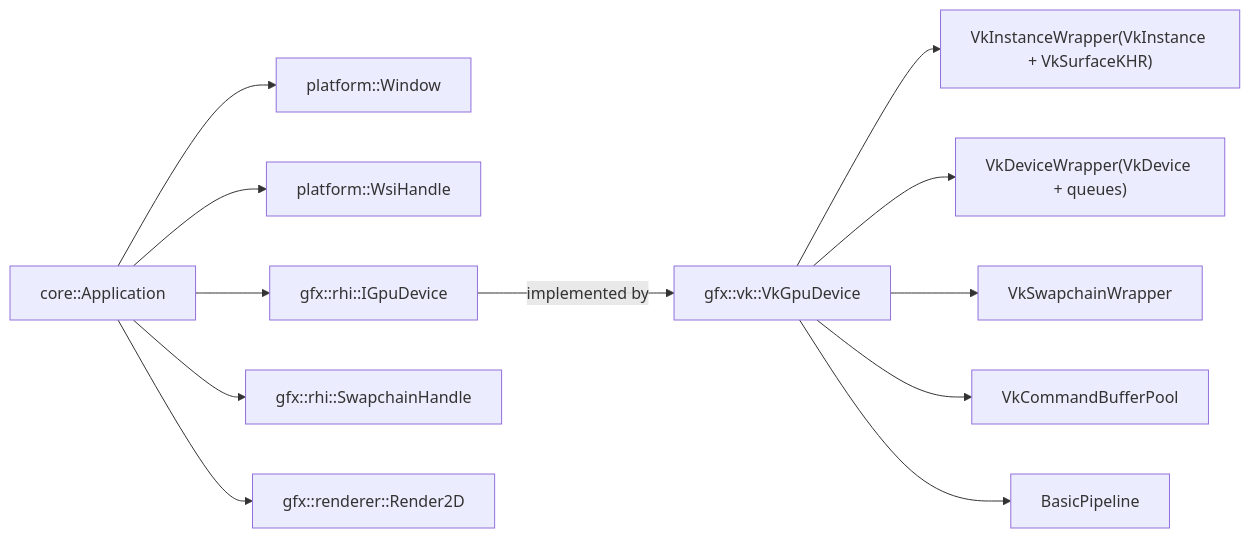
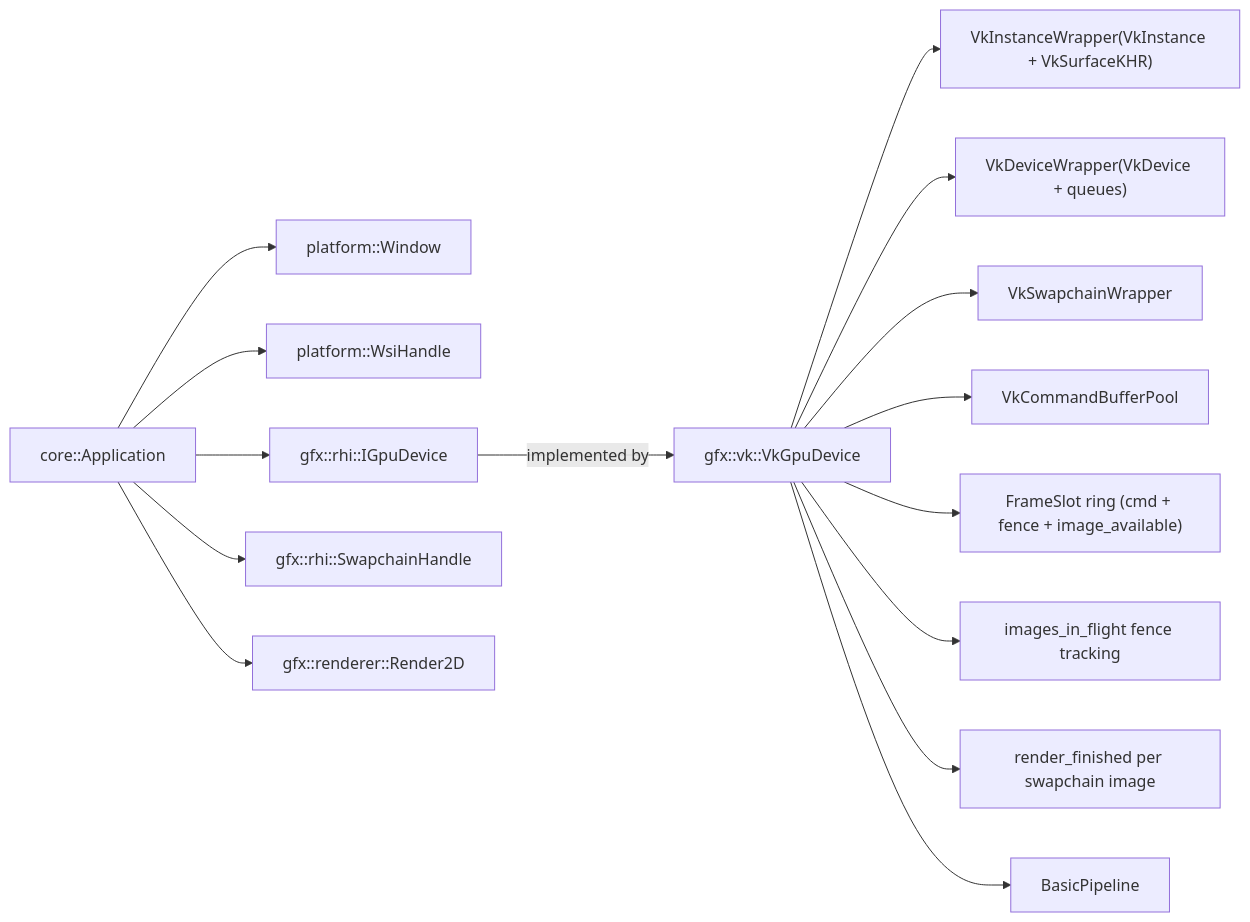
Before and after one commit to nduplessis11/strata: the diagram in docs/ARCHITECTURE.md, drawn with Mermaid. The commit also changed other lines of this file and 7 other files, not shown here.

````diff
--- a/docs/ARCHITECTURE.md
+++ b/docs/ARCHITECTURE.md
@@ -147,15 +152,18 @@
 ```mermaid
 flowchart LR
   A[core::Application] --> W[platform::Window]
   A --> WH[platform::WsiHandle]
   A --> D[gfx::rhi::IGpuDevice]
   A --> SC[gfx::rhi::SwapchainHandle]
   A --> R[gfx::renderer::Render2D]
 
   D -->|implemented by| VK[gfx::vk::VkGpuDevice]
   VK --> VKI["VkInstanceWrapper(VkInstance + VkSurfaceKHR)"]
   VK --> VKD["VkDeviceWrapper(VkDevice + queues)"]
   VK --> VKS[VkSwapchainWrapper]
   VK --> VKC[VkCommandBufferPool]
+  VK --> VKF["FrameSlot ring (cmd + fence + image_available)"]
+  VK --> VKIIF[images_in_flight fence tracking]
+  VK --> VKRF[render_finished per swapchain image]
   VK --> VKP[BasicPipeline]
 ```
````
